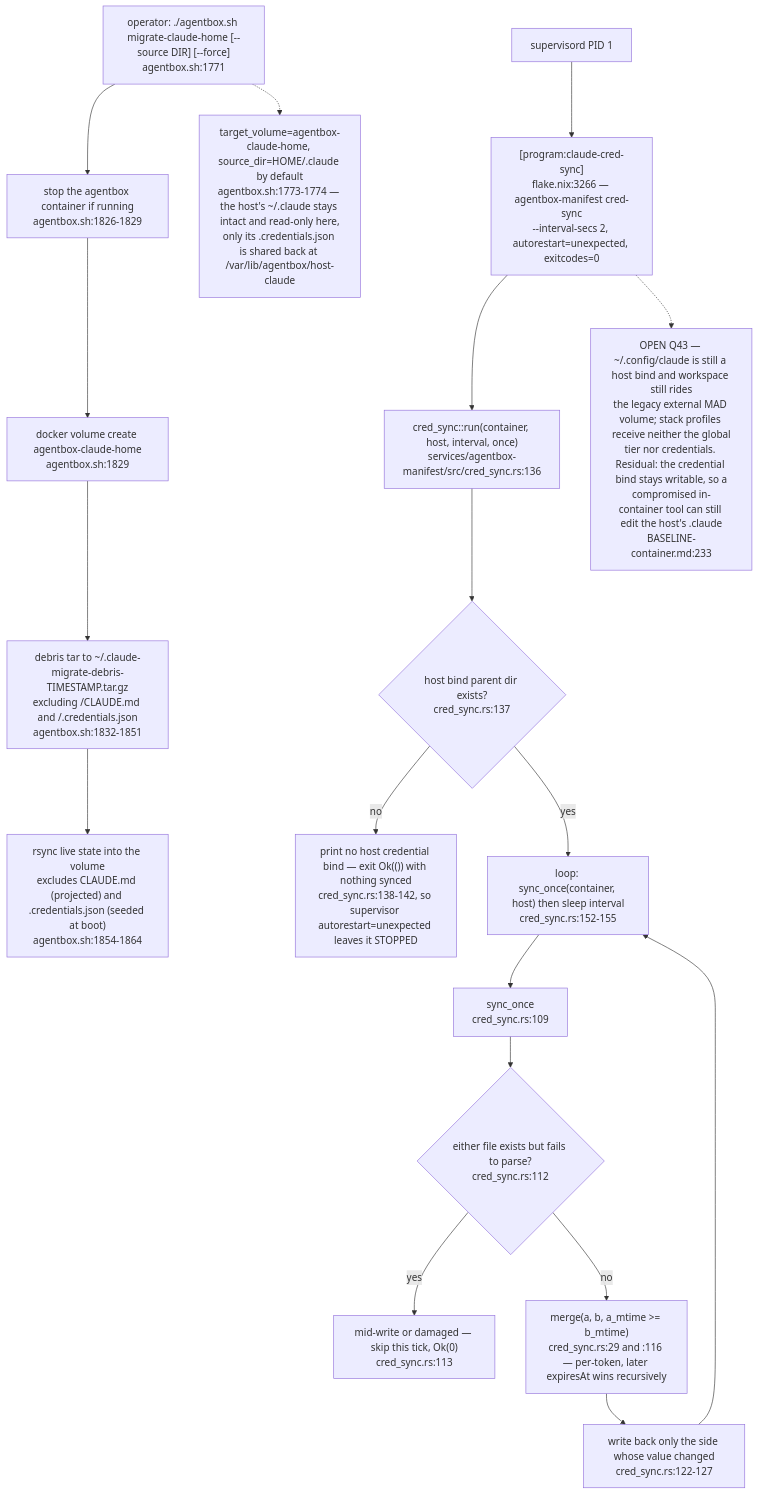
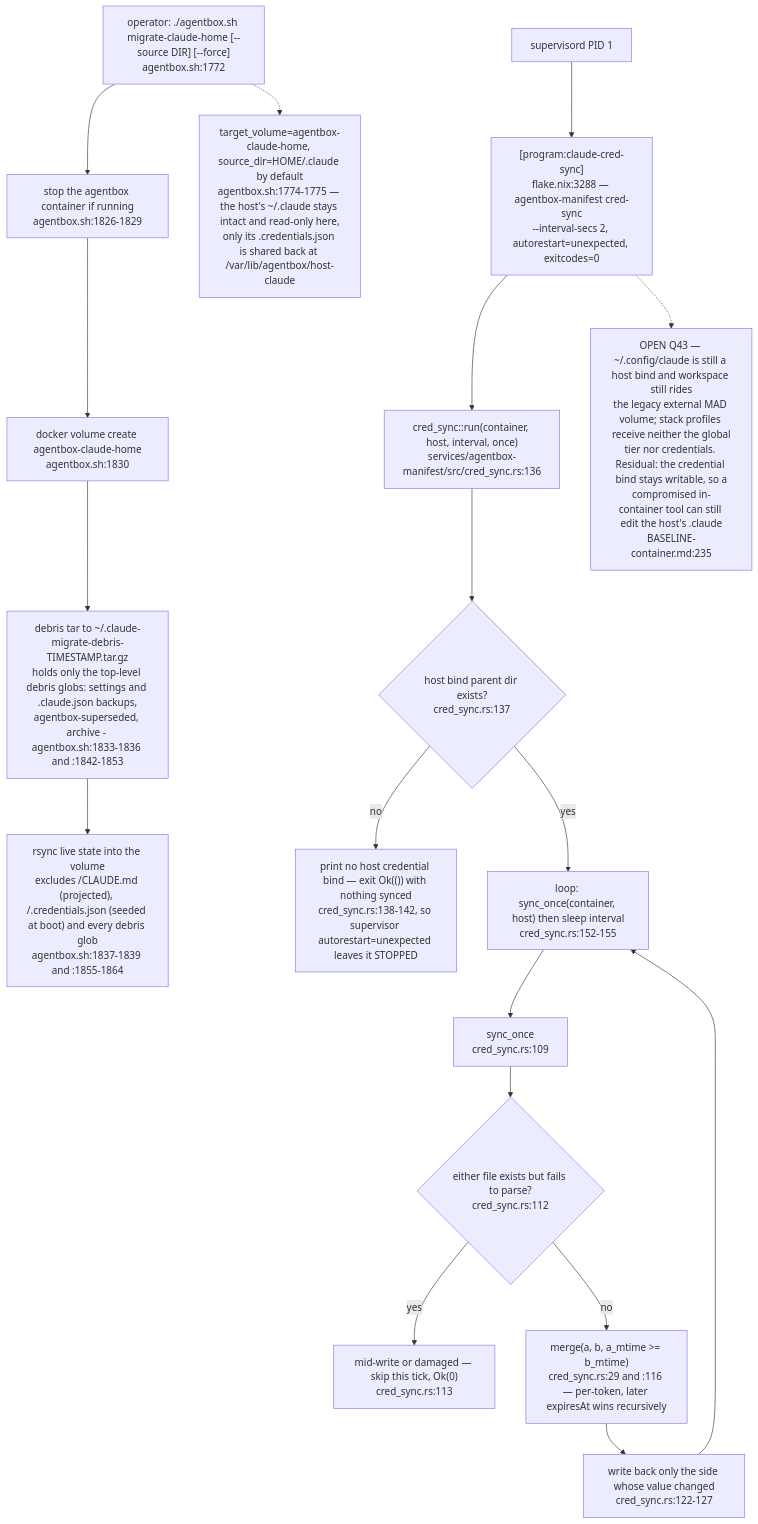
Before and after one commit to DreamLab-AI/VisionFlow: diagram 11 of 11 in docs/diagrams/agentbox/07-daemons-reapers-cron-backups.md, drawn with Mermaid. The commit also changed other lines of this file and 173 other files, not shown here.

````diff
--- a/docs/diagrams/agentbox/07-daemons-reapers-cron-backups.md
+++ b/docs/diagrams/agentbox/07-daemons-reapers-cron-backups.md
@@ -401,22 +414,22 @@
 ```mermaid
 flowchart TD
-    MIG["operator: ./agentbox.sh migrate-claude-home [--source DIR] [--force]<br/>agentbox.sh:1771"] --> STOP["stop the agentbox container if running<br/>agentbox.sh:1826-1829"]
-    STOP --> VOL["docker volume create agentbox-claude-home<br/>agentbox.sh:1829"]
-    VOL --> DEB["debris tar to ~/.claude-migrate-debris-TIMESTAMP.tar.gz<br/>excluding /CLAUDE.md and /.credentials.json<br/>agentbox.sh:1832-1851"]
-    DEB --> RSYNC["rsync live state into the volume<br/>excludes CLAUDE.md (projected) and .credentials.json (seeded at boot)<br/>agentbox.sh:1854-1864"]
+    MIG["operator: ./agentbox.sh migrate-claude-home [--source DIR] [--force]<br/>agentbox.sh:1772"] --> STOP["stop the agentbox container if running<br/>agentbox.sh:1826-1829"]
+    STOP --> VOL["docker volume create agentbox-claude-home<br/>agentbox.sh:1830"]
+    VOL --> DEB["debris tar to ~/.claude-migrate-debris-TIMESTAMP.tar.gz<br/>holds only the top-level debris globs: settings and .claude.json backups,<br/>agentbox-superseded, archive - agentbox.sh:1833-1836 and :1842-1853"]
+    DEB --> RSYNC["rsync live state into the volume<br/>excludes /CLAUDE.md (projected), /.credentials.json (seeded at boot) and every debris glob<br/>agentbox.sh:1837-1839 and :1855-1864"]
 
-    SUP["supervisord PID 1"] --> CS["[program:claude-cred-sync]<br/>flake.nix:3266 — agentbox-manifest cred-sync<br/>--interval-secs 2, autorestart=unexpected, exitcodes=0"]
+    SUP["supervisord PID 1"] --> CS["[program:claude-cred-sync]<br/>flake.nix:3288 — agentbox-manifest cred-sync<br/>--interval-secs 2, autorestart=unexpected, exitcodes=0"]
     CS --> RUN["cred_sync::run(container, host, interval, once)<br/>services/agentbox-manifest/src/cred_sync.rs:136"]
     RUN --> GATE{"host bind parent dir exists?<br/>cred_sync.rs:137"}
     GATE -->|no| EXIT0["print no host credential bind — exit Ok(()) with nothing synced<br/>cred_sync.rs:138-142, so supervisor autorestart=unexpected leaves it STOPPED"]
     GATE -->|yes| LOOP["loop: sync_once(container, host) then sleep interval<br/>cred_sync.rs:152-155"]
     LOOP --> SO["sync_once<br/>cred_sync.rs:109"]
     SO --> TORN{"either file exists but fails to parse?<br/>cred_sync.rs:112"}
     TORN -->|yes| WAIT["mid-write or damaged — skip this tick, Ok(0)<br/>cred_sync.rs:113"]
     TORN -->|no| MERGE["merge(a, b, a_mtime >= b_mtime)<br/>cred_sync.rs:29 and :116 — per-token, later expiresAt wins recursively"]
     MERGE --> WRITE["write back only the side whose value changed<br/>cred_sync.rs:122-127"]
     WRITE --> LOOP
 
-    MIG -.-> NOTE1["target_volume=agentbox-claude-home, source_dir=HOME/.claude by default<br/>agentbox.sh:1773-1774 — the host's ~/.claude stays intact and read-only here,<br/>only its .credentials.json is shared back at /var/lib/agentbox/host-claude"]
-    CS -.-> Q43["OPEN Q43 — ~/.config/claude is still a host bind and workspace still rides<br/>the legacy external MAD volume; stack profiles receive neither the global<br/>tier nor credentials. Residual: the credential bind stays writable, so a<br/>compromised in-container tool can still edit the host's .claude<br/>BASELINE-container.md:233"]
+    MIG -.-> NOTE1["target_volume=agentbox-claude-home, source_dir=HOME/.claude by default<br/>agentbox.sh:1774-1775 — the host's ~/.claude stays intact and read-only here,<br/>only its .credentials.json is shared back at /var/lib/agentbox/host-claude"]
+    CS -.-> Q43["OPEN Q43 — ~/.config/claude is still a host bind and workspace still rides<br/>the legacy external MAD volume; stack profiles receive neither the global<br/>tier nor credentials. Residual: the credential bind stays writable, so a<br/>compromised in-container tool can still edit the host's .claude<br/>BASELINE-container.md:235"]
 ```
````
